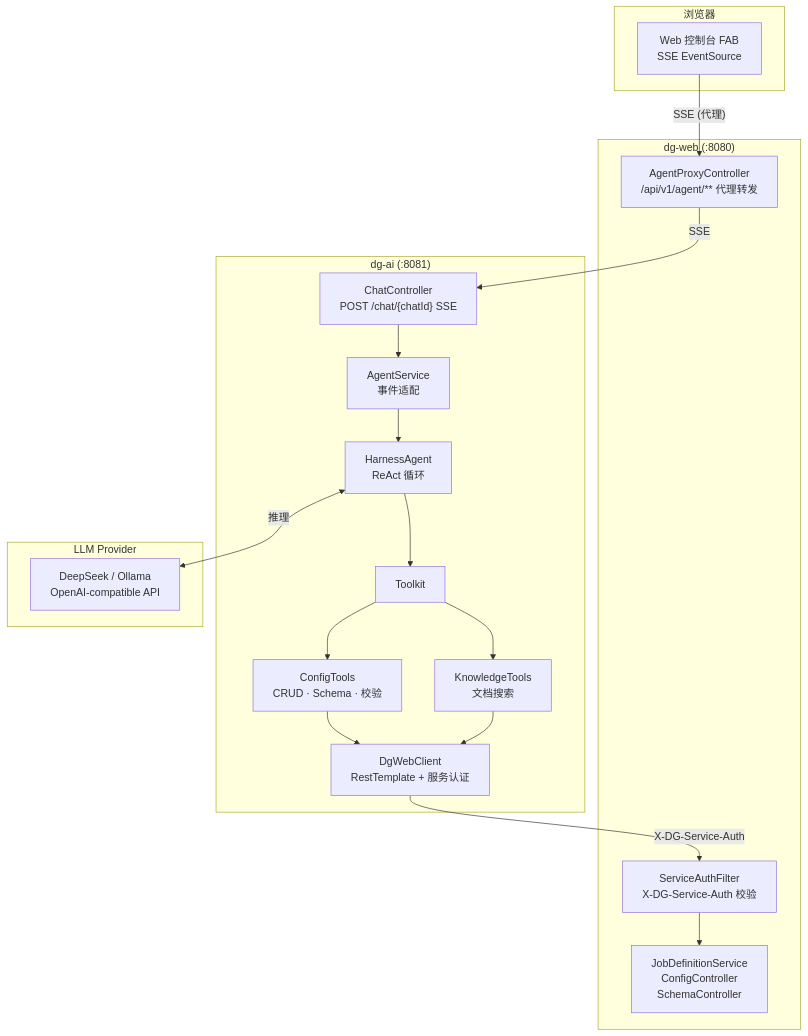
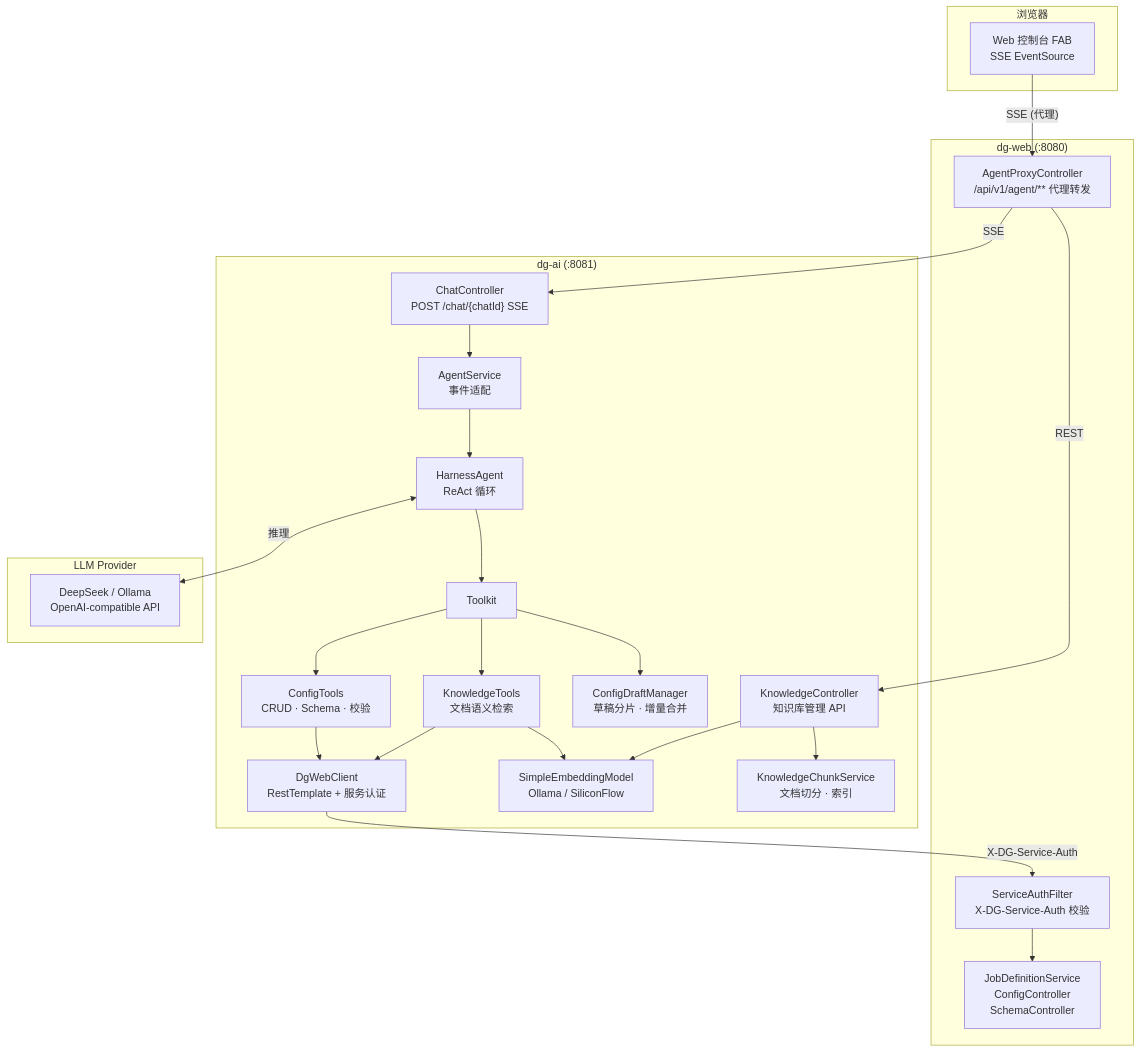
The first of 2 diagrams in dg-ai/README.md (sleetzxy/data-generator), drawn with Mermaid before and after one commit. The commit also changed other lines of this file and 3 other files, not shown here.

````diff
--- a/dg-ai/README.md
+++ b/dg-ai/README.md
@@ -56,39 +56,48 @@
 ```mermaid
 graph TB
     subgraph 浏览器
         FE["Web 控制台 FAB<br/>SSE EventSource"]
     end
 
     subgraph dg-web["dg-web (:8080)"]
         PROXY["AgentProxyController<br/>/api/v1/agent/** 代理转发"]
         SVC["JobDefinitionService<br/>ConfigController<br/>SchemaController"]
         AUTH["ServiceAuthFilter<br/>X-DG-Service-Auth 校验"]
     end
 
     subgraph dg-ai["dg-ai (:8081)"]
         CTRL["ChatController<br/>POST /chat/{chatId} SSE"]
+        KCTRL["KnowledgeController<br/>知识库管理 API"]
         ASVC["AgentService<br/>事件适配"]
         HA["HarnessAgent<br/>ReAct 循环"]
         TK["Toolkit"]
         CT["ConfigTools<br/>CRUD · Schema · 校验"]
-        KT["KnowledgeTools<br/>文档搜索"]
+        KT["KnowledgeTools<br/>文档语义检索"]
+        CDM["ConfigDraftManager<br/>草稿分片 · 增量合并"]
+        EMB["SimpleEmbeddingModel<br/>Ollama / SiliconFlow"]
+        KCS["KnowledgeChunkService<br/>文档切分 · 索引"]
         DWC["DgWebClient<br/>RestTemplate + 服务认证"]
     end
 
     subgraph LLM["LLM Provider"]
         MODEL["DeepSeek / Ollama<br/>OpenAI-compatible API"]
     end
 
     FE -->|"SSE (代理)"| PROXY
     PROXY -->|"SSE"| CTRL
+    PROXY -->|"REST"| KCTRL
     CTRL --> ASVC
     ASVC --> HA
     HA <-->|"推理"| MODEL
     HA --> TK
     TK --> CT
     TK --> KT
+    TK --> CDM
     CT --> DWC
     KT --> DWC
+    KT --> EMB
+    KCTRL --> EMB
+    KCTRL --> KCS
     DWC -->|"X-DG-Service-Auth"| AUTH
     AUTH --> SVC
 ```
````
